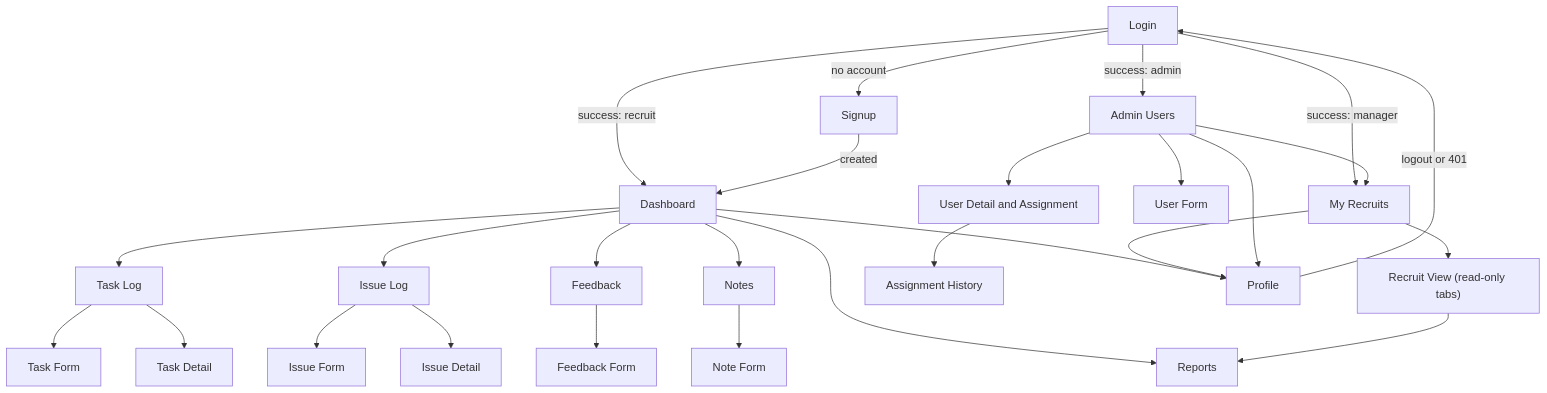
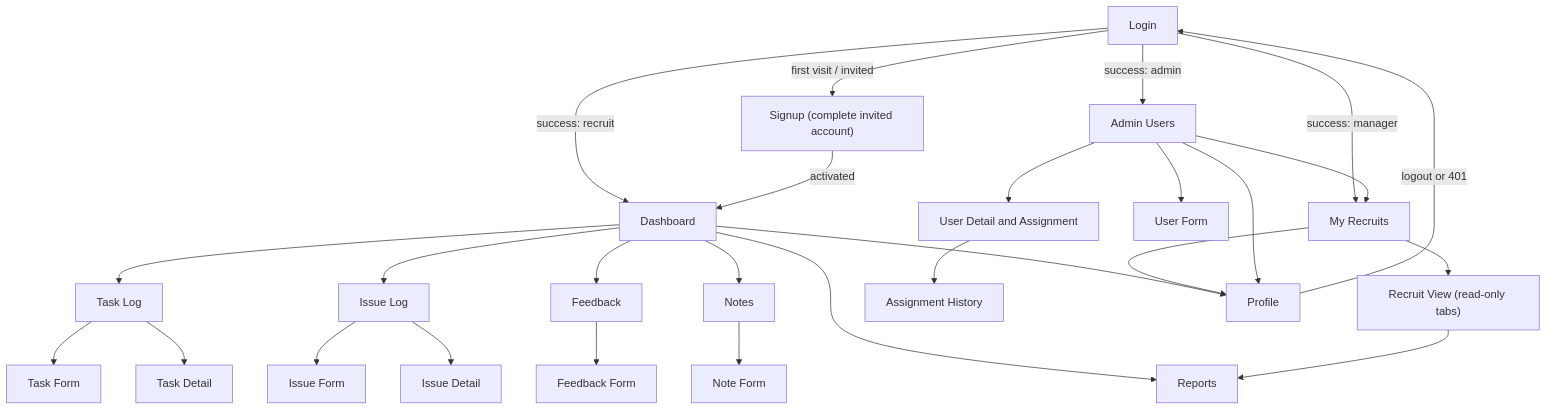
One commit to codev-workshops/onboarding-diary changed the sixth of 6 diagrams in docs/detailed-requirements.md. Above: the diagram before and after it, drawn with Mermaid. The commit also changed other lines of this file and 2 other files, not shown here.

Commit message:
Docs: admin-provisioned INVITED accounts, signup completes invited user; clarify 3NF, Profile-as-columns and entry ownership

````diff
--- a/docs/detailed-requirements.md
+++ b/docs/detailed-requirements.md
@@ -793,29 +819,29 @@
 ```mermaid
 flowchart TD
     login["Login"] -->|"success: recruit"| dashboard["Dashboard"]
     login -->|"success: manager"| recruits["My Recruits"]
     login -->|"success: admin"| adminUsers["Admin Users"]
-    login -->|"no account"| signup["Signup"]
-    signup -->|"created"| dashboard
+    login -->|"first visit / invited"| signup["Signup (complete invited account)"]
+    signup -->|"activated"| dashboard
     dashboard --> tasks["Task Log"]
     dashboard --> issues["Issue Log"]
     dashboard --> feedback["Feedback"]
     dashboard --> notes["Notes"]
     dashboard --> reports["Reports"]
     tasks --> taskForm["Task Form"]
     tasks --> taskDetail["Task Detail"]
     issues --> issueForm["Issue Form"]
     issues --> issueDetail["Issue Detail"]
     feedback --> feedbackForm["Feedback Form"]
     notes --> noteForm["Note Form"]
     recruits --> recruitView["Recruit View (read-only tabs)"]
     recruitView --> reports
     adminUsers --> userForm["User Form"]
     adminUsers --> userDetail["User Detail and Assignment"]
     userDetail --> history["Assignment History"]
     adminUsers --> recruits
     dashboard --> profile["Profile"]
     recruits --> profile
     adminUsers --> profile
     profile -->|"logout or 401"| login
 ```
````
